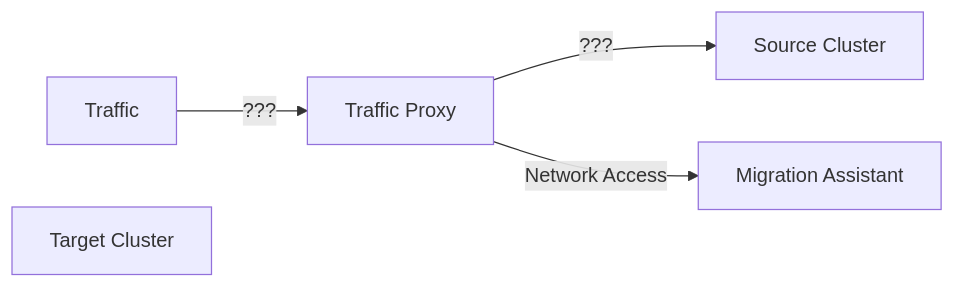
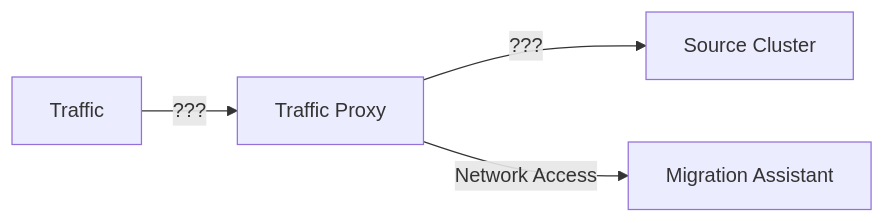
Before and after one commit to opensearch-project/opensearch-migrations: the third of 4 diagrams in deployment/cdk/opensearch-service-migration/README.md, drawn with Mermaid.

Commit message:
Remove floating bits

````diff
--- a/deployment/cdk/opensearch-service-migration/README.md
+++ b/deployment/cdk/opensearch-service-migration/README.md
@@ -47,11 +47,10 @@
 ```mermaid
 graph LR
     A[Traffic]
     B[Traffic Proxy]
     C[Source Cluster]
     D[Migration Assistant]
-    E[Target Cluster]
     A --> |???| B
     B --> |???| C
     B --> |Network Access| D
 ```
````
